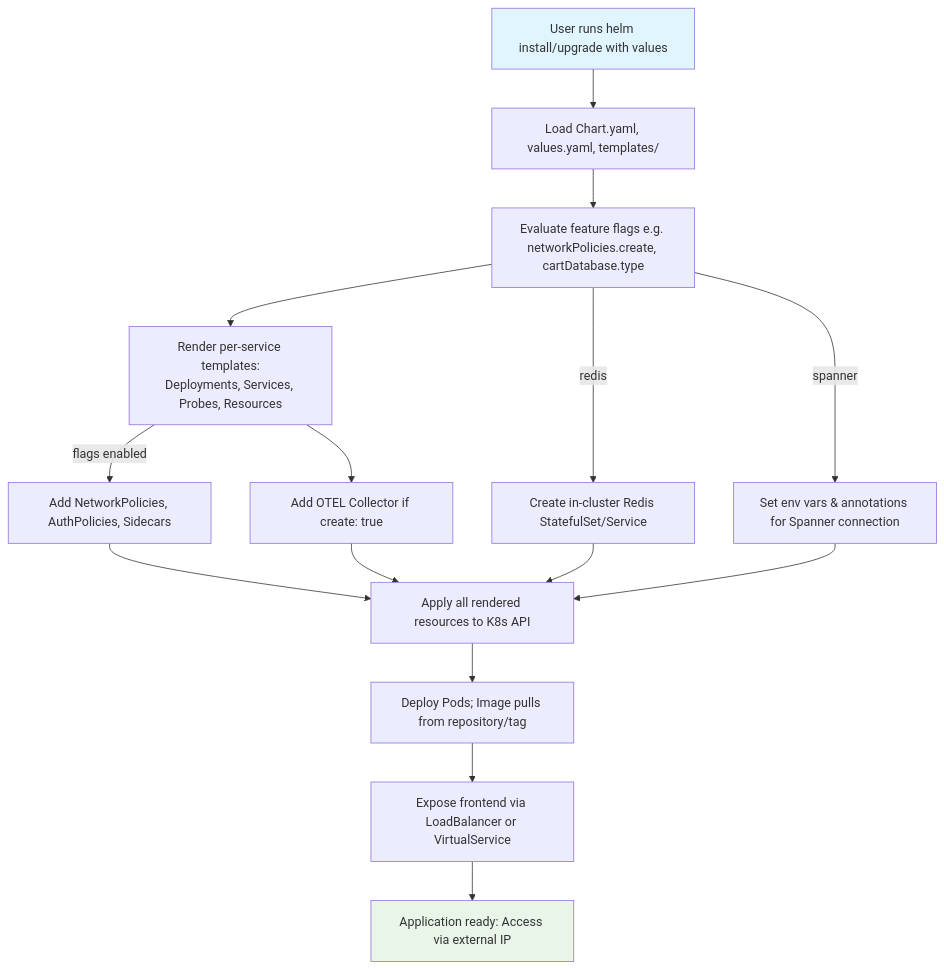
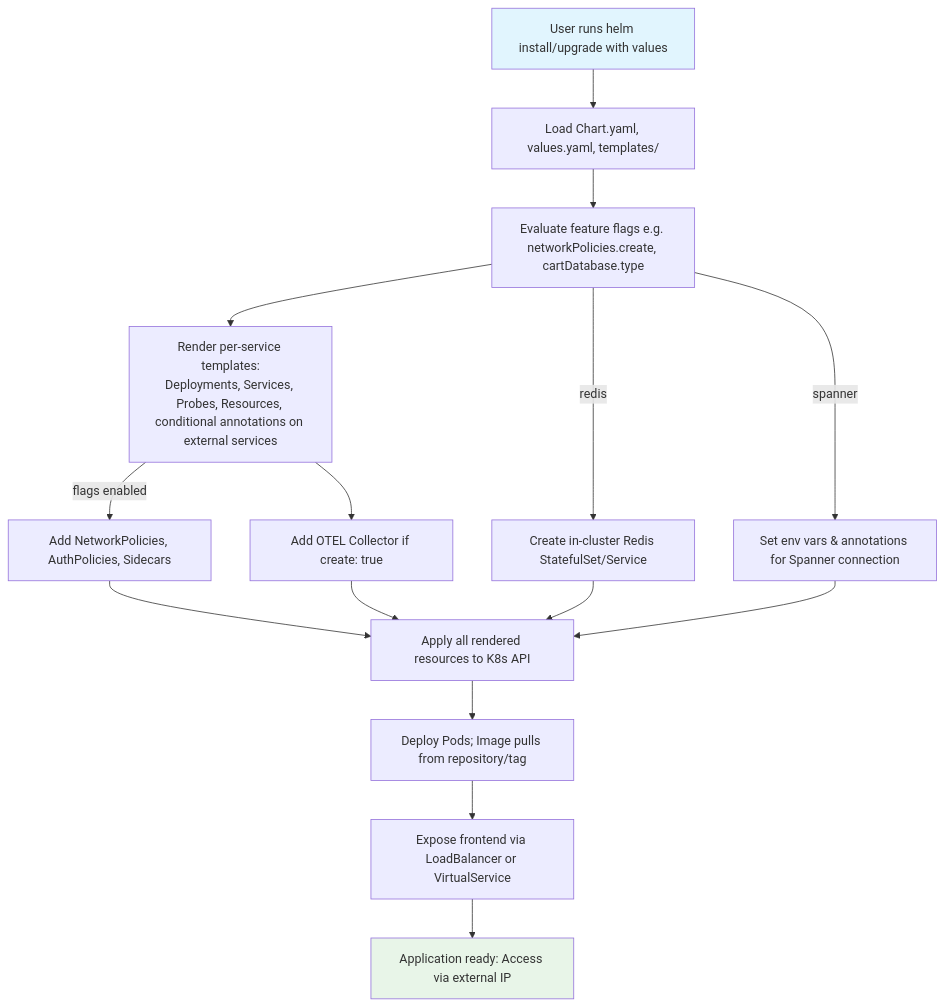
The second of 2 diagrams in .exp/design-workflow-3-helm-chart-deployment.md (gauravagerwala/microservices-demo), drawn with Mermaid before and after one commit. The commit also changed other lines of this file and 1 other file, not shown here.

Commit message:
Update design for PR #2636: feat(helm): adding property to define annotations on external service that would enable integration with external-dns

````diff
--- a/.exp/design-workflow-3-helm-chart-deployment.md
+++ b/.exp/design-workflow-3-helm-chart-deployment.md
@@ -71,19 +72,19 @@
 ```mermaid
 flowchart TD
     Start[User runs helm install/upgrade with values] --> Load[Load Chart.yaml, values.yaml, templates/]
     Load --> CheckFlags[Evaluate feature flags e.g. networkPolicies.create, cartDatabase.type]
     CheckFlags -->|redis| CreateRedis[Create in-cluster Redis StatefulSet/Service]
     CheckFlags -->|spanner| ConfigSpanner[Set env vars & annotations for Spanner connection]
-    CheckFlags --> RenderServices[Render per-service templates:<br/>Deployments, Services, Probes, Resources]
+    CheckFlags --> RenderServices[Render per-service templates:<br/>Deployments, Services, Probes, Resources, conditional annotations on external services]
     RenderServices -->|flags enabled| AddPolicies[Add NetworkPolicies, AuthPolicies, Sidecars]
     RenderServices --> AddOTEL[Add OTEL Collector if create: true]
     AddPolicies --> Apply[Apply all rendered resources to K8s API]
     AddOTEL --> Apply
     CreateRedis --> Apply
     ConfigSpanner --> Apply
     Apply --> Deploy[Deploy Pods; Image pulls from repository/tag]
     Deploy --> Expose[Expose frontend via LoadBalancer or VirtualService]
     Expose --> Ready[Application ready: Access via external IP]
     style Start fill:#e1f5fe
     style Ready fill:#e8f5e8
 ```
````
